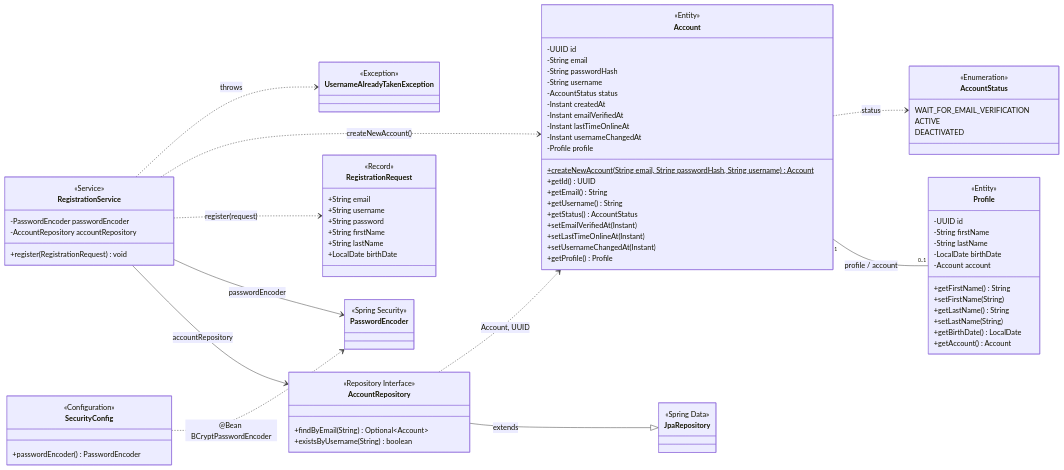
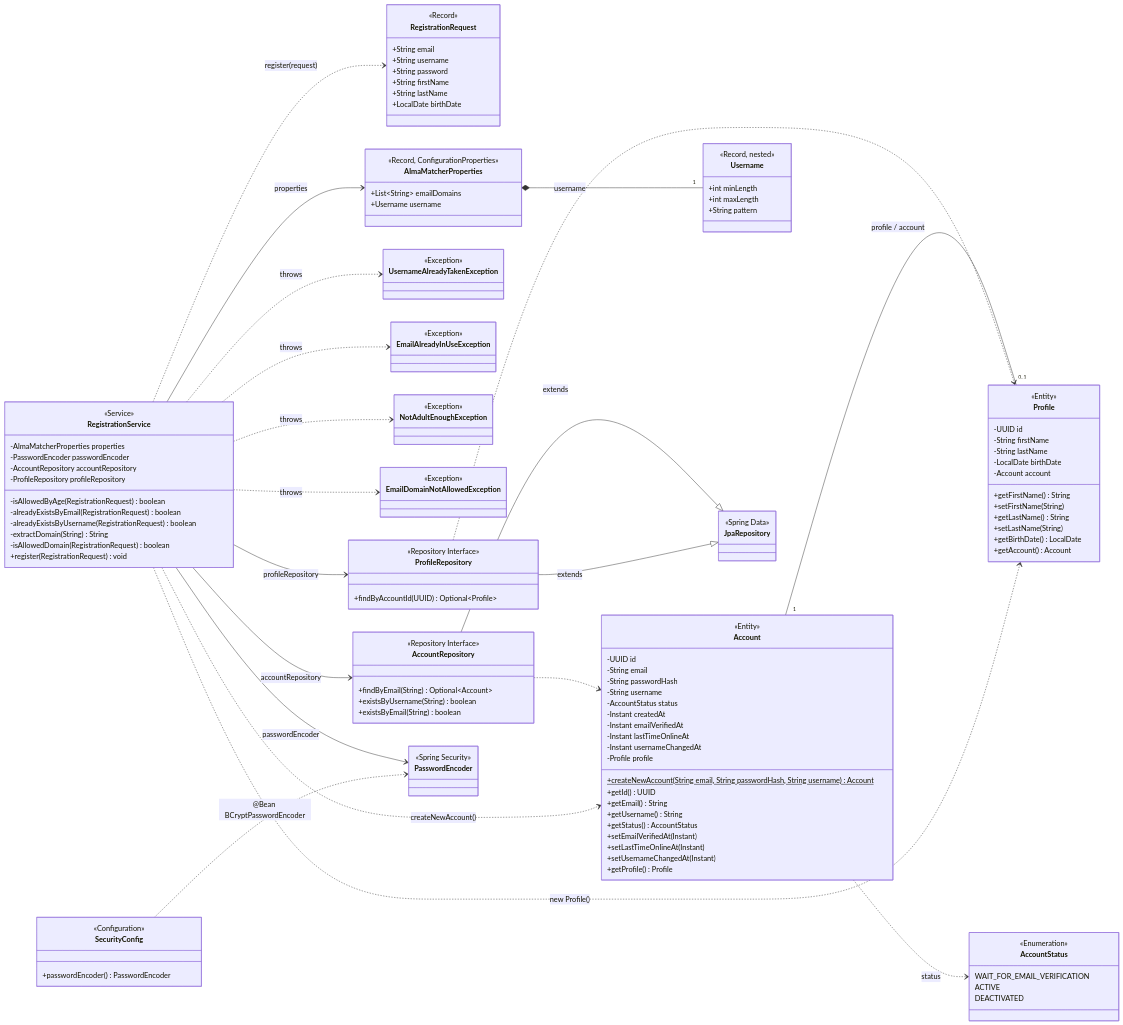
Before and after one commit to leoI0II/alma-matcher: the diagram in docs/class-map.md, drawn with Mermaid. The commit also changed other lines of this file, not shown here.

Commit message:
upd: uml diagram file with notes.

````diff
--- a/docs/class-map.md
+++ b/docs/class-map.md
@@ -61,7 +61,32 @@
         +LocalDate birthDate
     }
 
+    class AlmaMatcherProperties {
+        <<Record, ConfigurationProperties>>
+        +List~String~ emailDomains
+        +Username username
+    }
+
+    class Username {
+        <<Record, nested>>
+        +int minLength
+        +int maxLength
+        +String pattern
+    }
+
     class UsernameAlreadyTakenException {
+        <<Exception>>
+    }
+
+    class EmailAlreadyInUseException {
+        <<Exception>>
+    }
+
+    class NotAdultEnoughException {
+        <<Exception>>
+    }
+
+    class EmailDomainNotAllowedException {
         <<Exception>>
     }
 
@@ -69,12 +94,25 @@
         <<Repository Interface>>
         +findByEmail(String) Optional~Account~
         +existsByUsername(String) boolean
+        +existsByEmail(String) boolean
+    }
+
+    class ProfileRepository {
+        <<Repository Interface>>
+        +findByAccountId(UUID) Optional~Profile~
     }
 
     class RegistrationService {
         <<Service>>
+        -AlmaMatcherProperties properties
         -PasswordEncoder passwordEncoder
         -AccountRepository accountRepository
+        -ProfileRepository profileRepository
+        -isAllowedByAge(RegistrationRequest) boolean
+        -alreadyExistsByEmail(RegistrationRequest) boolean
+        -alreadyExistsByUsername(RegistrationRequest) boolean
+        -extractDomain(String) String
+        -isAllowedDomain(RegistrationRequest) boolean
         +register(RegistrationRequest) void
     }
 
@@ -93,12 +131,21 @@
 
     Account "1" -- "0..1" Profile : profile / account
     Account ..> AccountStatus : status
+    AlmaMatcherProperties *-- "1" Username : username
     AccountRepository --|> JpaRepository : extends
-    AccountRepository ..> Account : Account, UUID
+    AccountRepository ..> Account
+    ProfileRepository --|> JpaRepository : extends
+    ProfileRepository ..> Profile
     RegistrationService --> AccountRepository : accountRepository
+    RegistrationService --> ProfileRepository : profileRepository
     RegistrationService --> PasswordEncoder : passwordEncoder
+    RegistrationService --> AlmaMatcherProperties : properties
     RegistrationService ..> RegistrationRequest : register(request)
     RegistrationService ..> Account : createNewAccount()
+    RegistrationService ..> Profile : new Profile()
     RegistrationService ..> UsernameAlreadyTakenException : throws
+    RegistrationService ..> EmailAlreadyInUseException : throws
+    RegistrationService ..> NotAdultEnoughException : throws
+    RegistrationService ..> EmailDomainNotAllowedException : throws
     SecurityConfig ..> PasswordEncoder : @Bean BCryptPasswordEncoder
 ```
````
